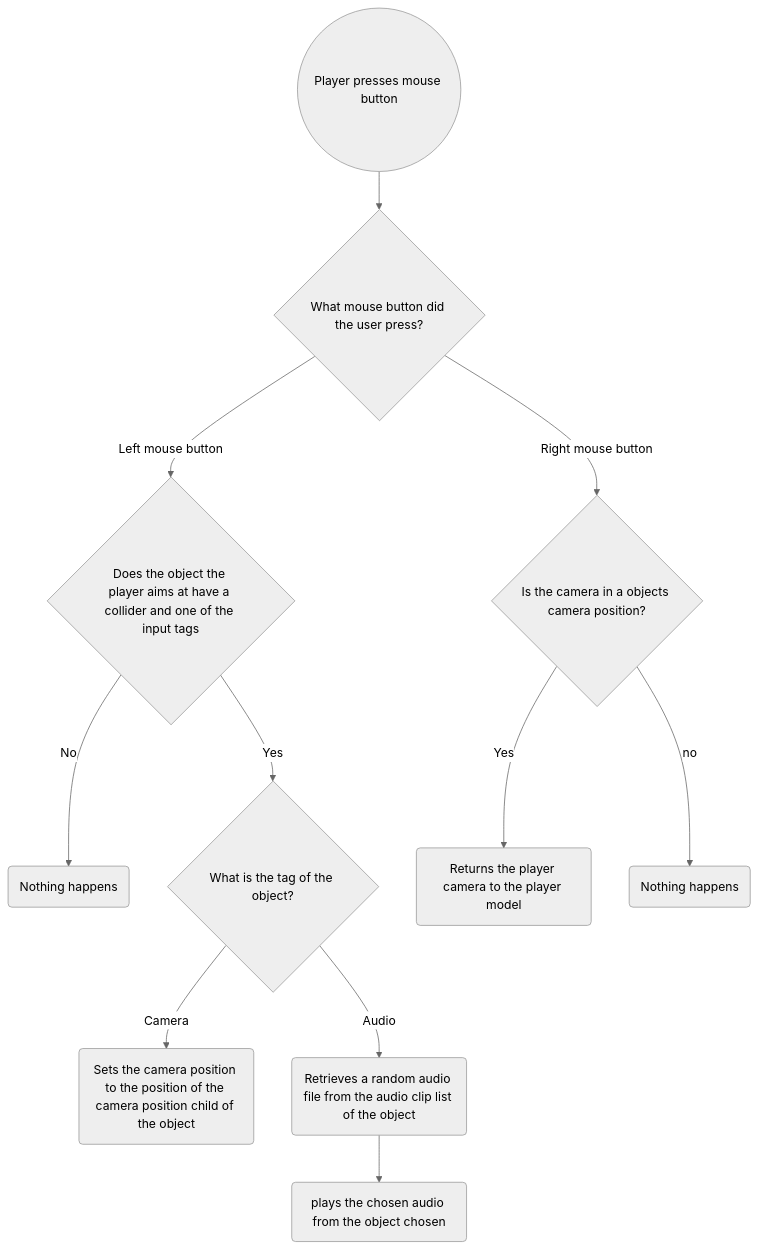
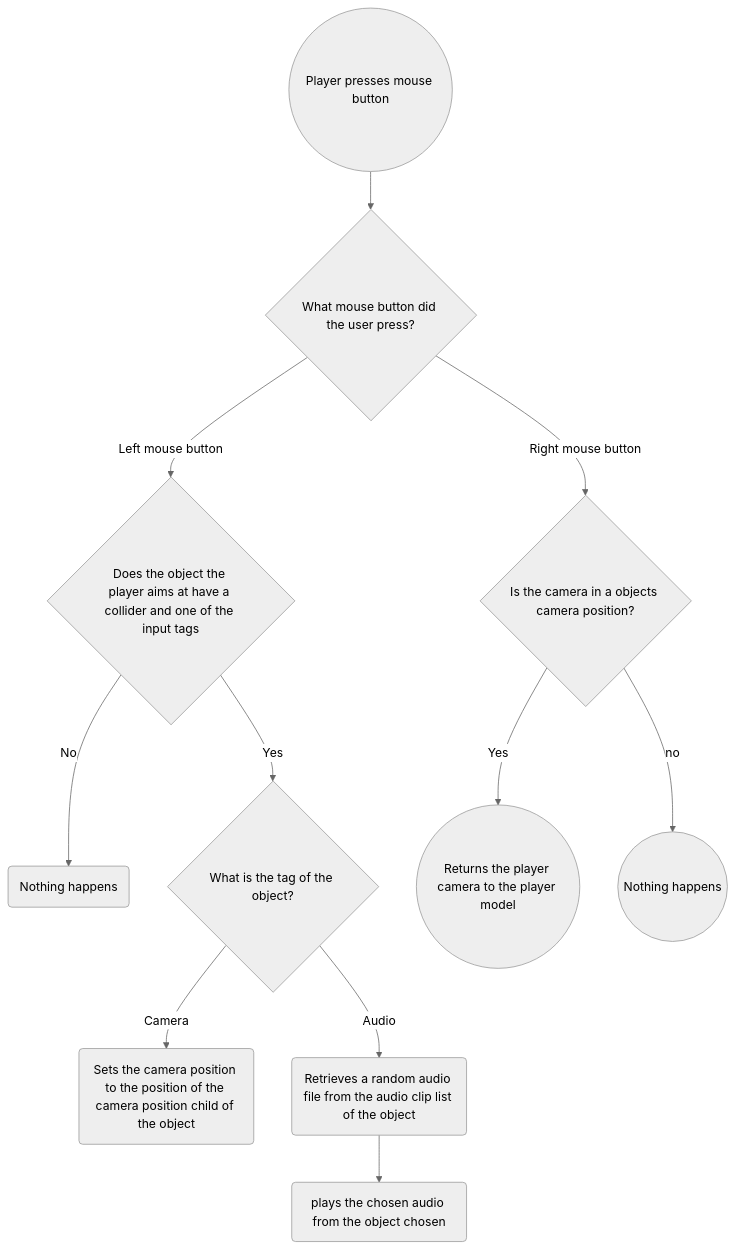
The third of 3 diagrams in README.md (T3rabyte/Examen), drawn with Mermaid (neutral theme) before and after one commit.

````diff
--- a/README.md
+++ b/README.md
@@ -73,13 +73,13 @@
 ```mermaid
 graph TD;
     start((Player presses mouse button)) --> buttonType{What mouse button did the user press?}
     buttonType --> |Left mouse button| check{Does the object the player aims at have a collider and one of the input tags};
     check --> |No| nothing(Nothing happens);
     check --> |Yes| type{What is the tag of the object?};
     type --> |Camera| camera(Sets the camera position to the position of the camera position child of the object);
     type --> |Audio| audio(Retrieves a random audio file from the audio clip list of the object);
     audio --> playAudio(plays the chosen audio from the object chosen);
     buttonType --> |Right mouse button| checkInObject{Is the camera in a objects camera position?};
-    checkInObject --> |Yes| returnCam(Returns the player camera to the player model);
-    checkInObject --> |no| nothingCam(Nothing happens);
+    checkInObject --> |Yes| returnCam((Returns the player camera to the player model));
+    checkInObject --> |no| nothingCam((Nothing happens));
 ```
````
